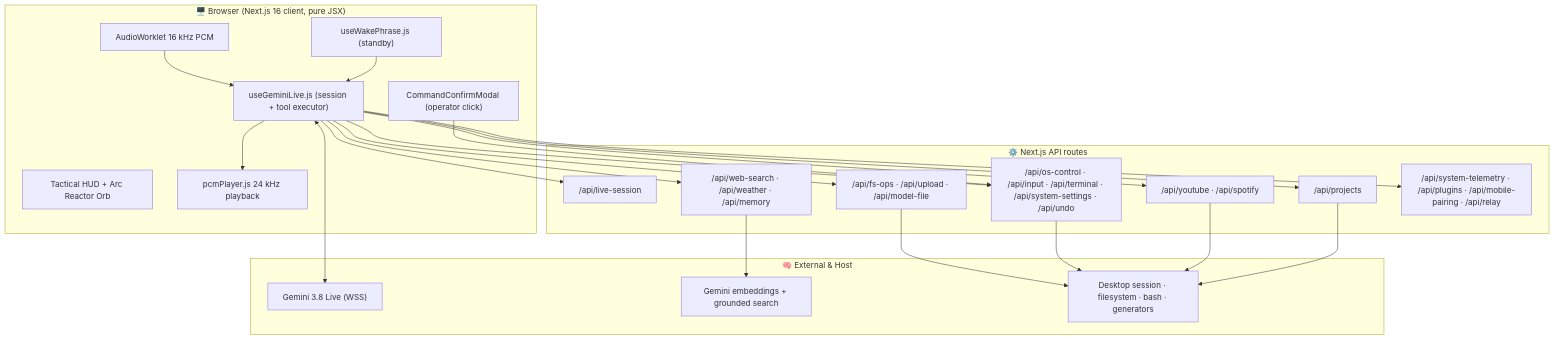
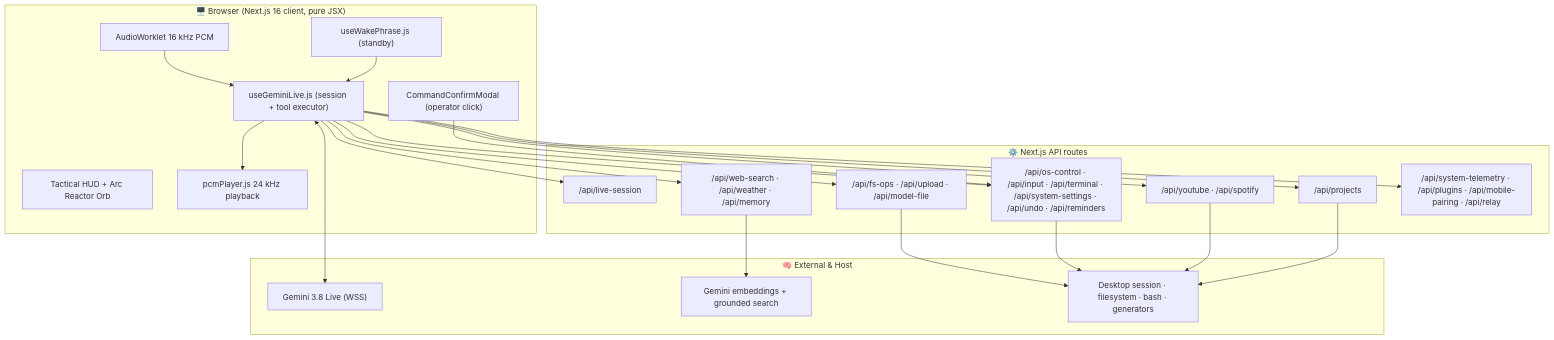
The diagram in docs/ARCHITECTURE.md (bhavyajustchill/ultron-ai), drawn with Mermaid before and after one commit. The commit also changed other lines of this file and 13 other files, not shown here.

````diff
--- a/docs/ARCHITECTURE.md
+++ b/docs/ARCHITECTURE.md
@@ -18,34 +18,34 @@
 ```mermaid
 flowchart TB
     subgraph Browser ["🖥️ Browser (Next.js 16 client, pure JSX)"]
         HUD["Tactical HUD + Arc Reactor Orb"]
         Live["useGeminiLive.js (session + tool executor)"]
         Mic["AudioWorklet 16 kHz PCM"] --> Live
         Live --> Player["pcmPlayer.js 24 kHz playback"]
         Wake["useWakePhrase.js (standby)"] --> Live
         Gate["CommandConfirmModal (operator click)"]
     end
 
     subgraph Server ["⚙️ Next.js API routes"]
         Session["/api/live-session"]
         Files["/api/fs-ops · /api/upload · /api/model-file"]
-        Desktop["/api/os-control · /api/input · /api/terminal · /api/system-settings · /api/undo"]
+        Desktop["/api/os-control · /api/input · /api/terminal · /api/system-settings · /api/undo · /api/reminders"]
         Intel["/api/web-search · /api/weather · /api/memory"]
         Media["/api/youtube · /api/spotify"]
         Projects["/api/projects"]
         Misc["/api/system-telemetry · /api/plugins · /api/mobile-pairing · /api/relay"]
     end
 
     subgraph External ["🧠 External & Host"]
         Gemini["Gemini 3.8 Live (WSS)"]
         GoogleAPIs["Gemini embeddings + grounded search"]
         Host["Desktop session · filesystem · bash · generators"]
     end
 
     Live <--> Gemini
     Live --> Session
     Live --> Files & Desktop & Intel & Media & Projects & Misc
     Gate --> Desktop
     Intel --> GoogleAPIs
     Files & Desktop & Media & Projects --> Host
 ```
````
